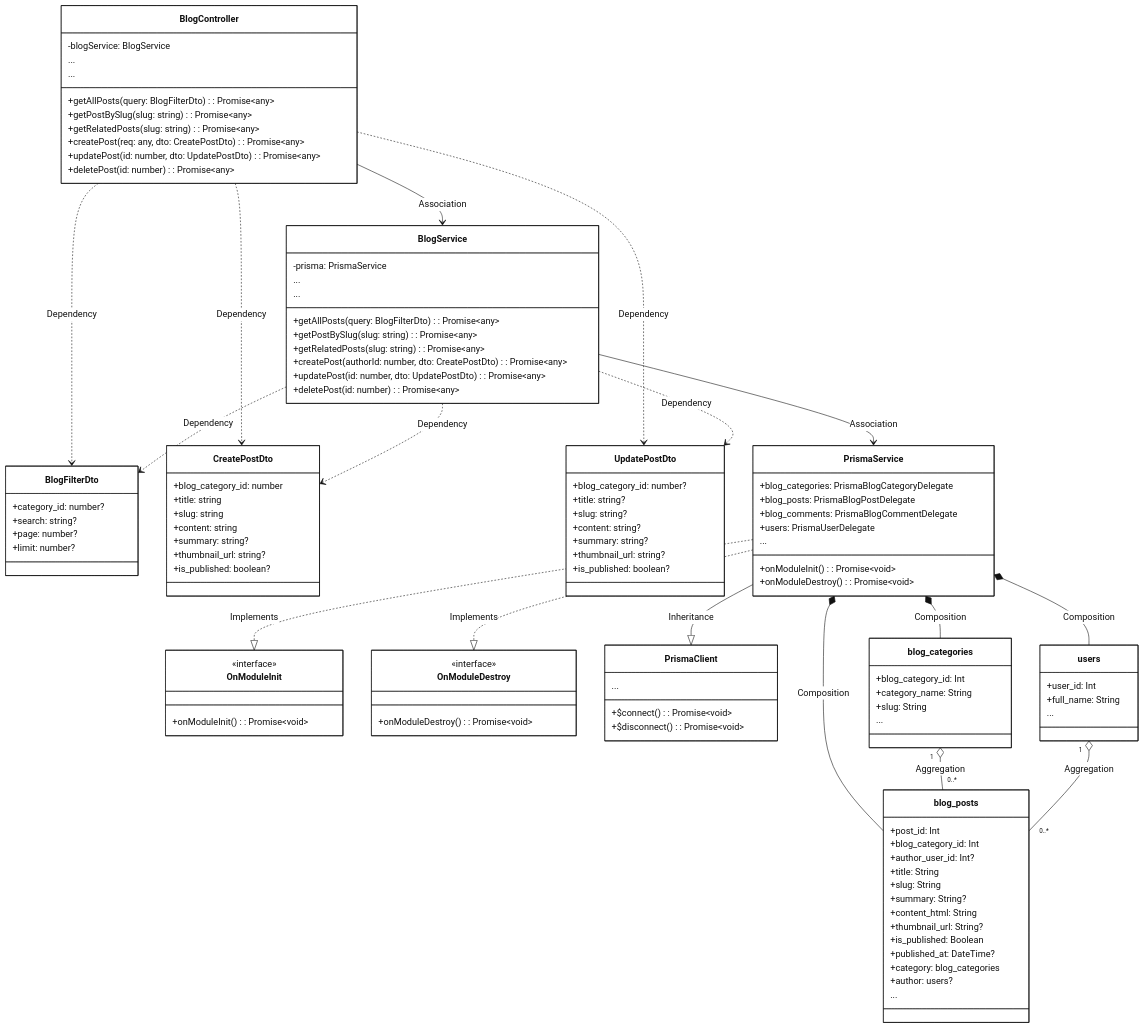
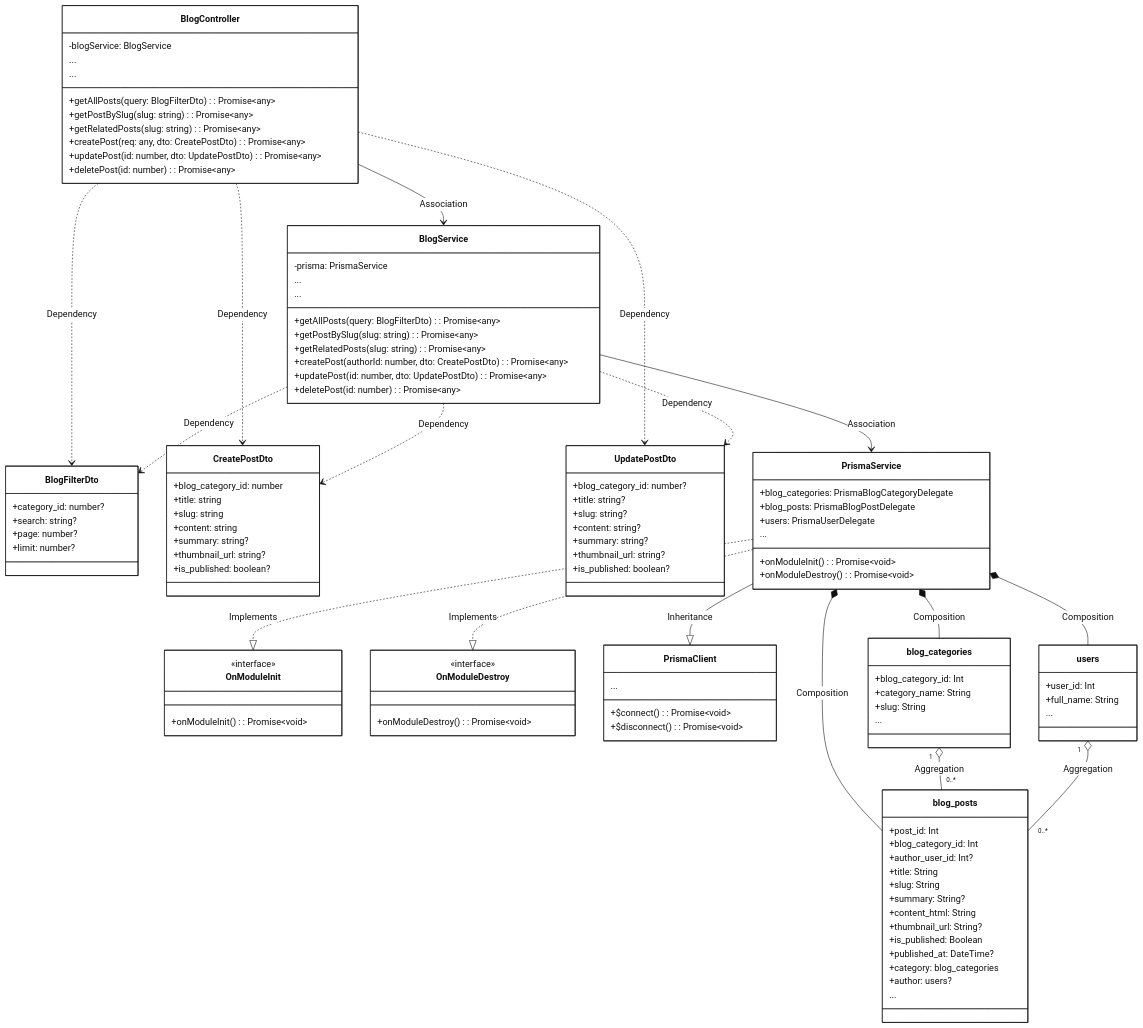
The third of 5 diagrams in modules_mermaid/08_blog.md (CuongBC195/class-diagram-donation-blood), drawn with Mermaid before and after one commit. The commit also changed other lines of this file and 39 other files, not shown here.

Commit message:
fix(diagrams): apply strict ellipsis rules and synchronize entity/DTO relationships across all 13 modules

```diff
--- a/modules_mermaid/08_blog.md
+++ b/modules_mermaid/08_blog.md
@@ -357,7 +354,6 @@
 class PrismaService {
   +blog_categories: PrismaBlogCategoryDelegate
   +blog_posts: PrismaBlogPostDelegate
-  +blog_comments: PrismaBlogCommentDelegate
   +users: PrismaUserDelegate
   ...
   +onModuleInit(): Promise~void~
```
